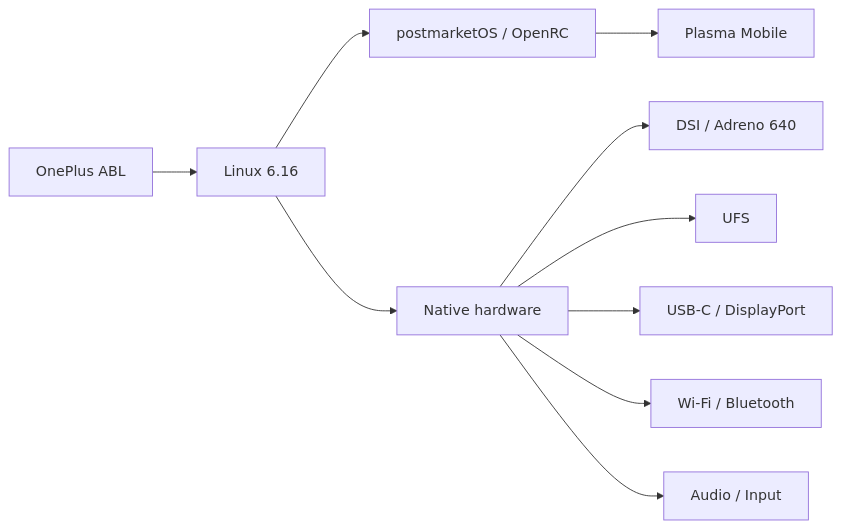
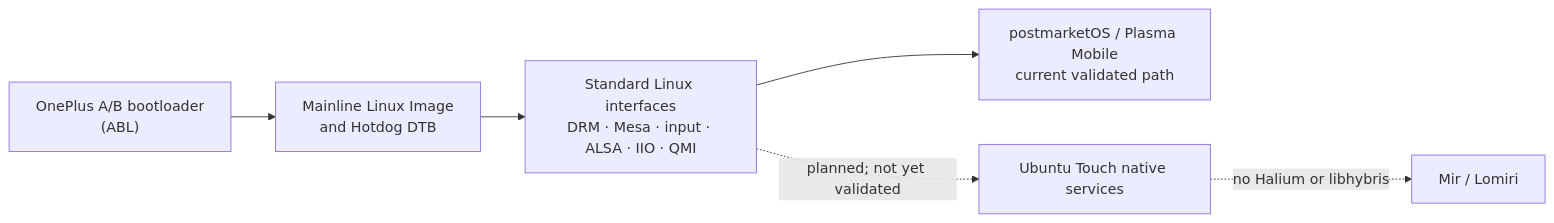
Before and after one commit to Sr-0w/hotdog-linux-bringup: the second of 2 diagrams in README.md, drawn with Mermaid. The commit also changed other lines of this file, not shown here.

````diff
--- a/README.md
+++ b/README.md
@@ -173,12 +159,8 @@
 ```mermaid
 flowchart LR
-    A["OnePlus ABL"] --> B["Linux 6.16"]
-    B --> C["postmarketOS / OpenRC"]
-    C --> D["Plasma Mobile"]
-    B --> E["Native hardware"]
-    E --> F["DSI / Adreno 640"]
-    E --> G["UFS"]
-    E --> H["USB-C / DisplayPort"]
-    E --> I["Wi-Fi / Bluetooth"]
-    E --> J["Audio / Input"]
+    A["OnePlus A/B bootloader<br/>(ABL)"] --> B["Mainline Linux Image<br/>and Hotdog DTB"]
+    B --> C["Standard Linux interfaces<br/>DRM · Mesa · input · ALSA · IIO · QMI"]
+    C --> D["postmarketOS / Plasma Mobile<br/>current validated path"]
+    C -. "planned; not yet validated" .-> E["Ubuntu Touch native services"]
+    E -. "no Halium or libhybris" .-> F["Mir / Lomiri"]
 ```
````
